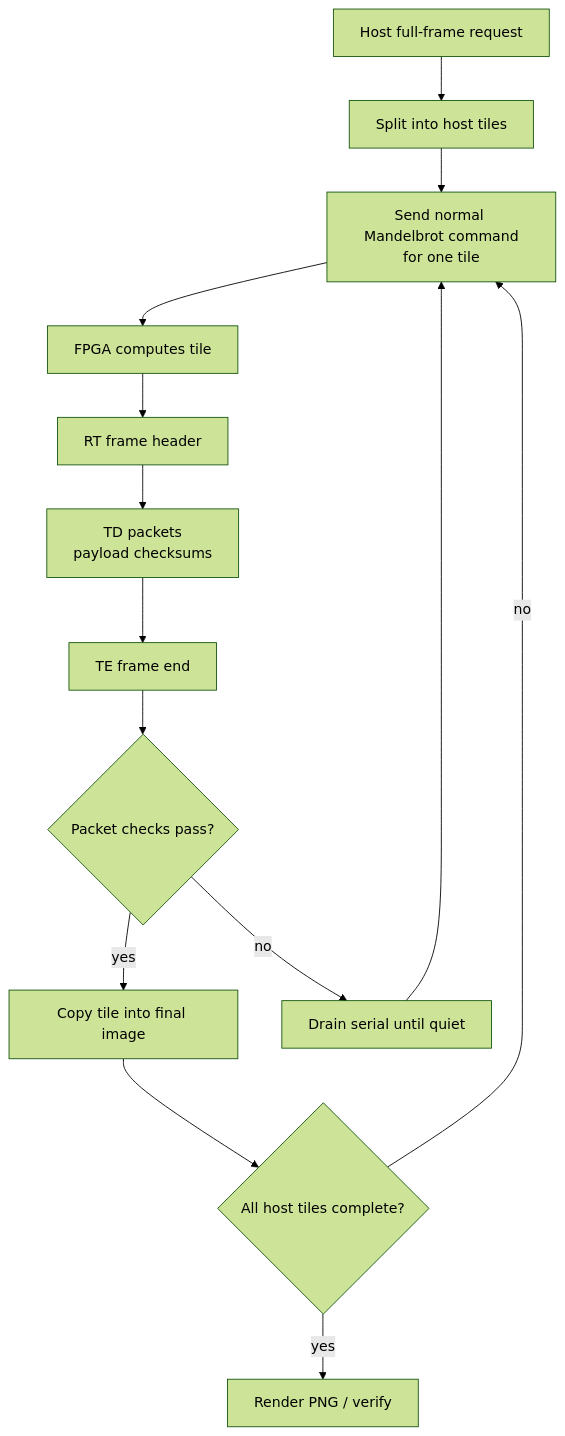
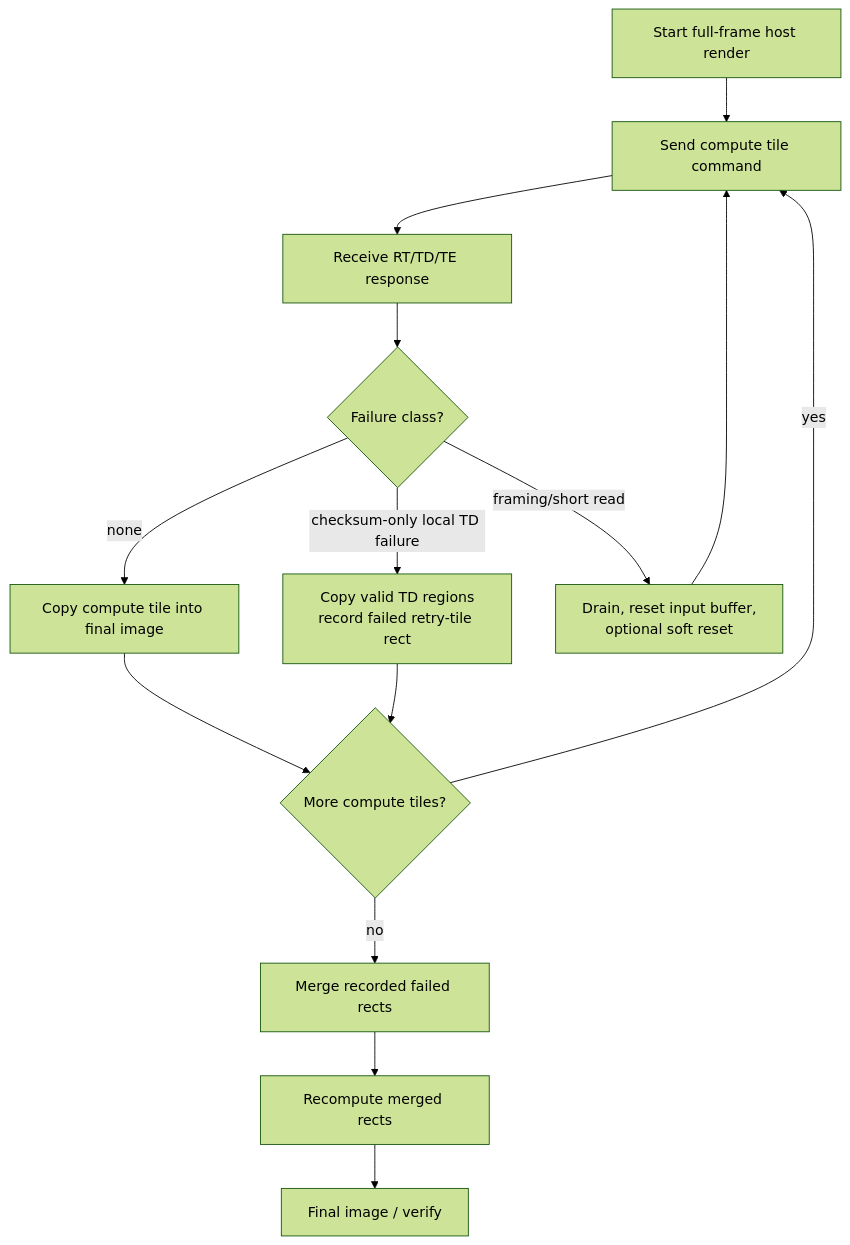
Before and after one commit to RESBI/FPGA-Mandelbrot-Demo: the diagram in doc/TILE_DESIGN.md, drawn with Mermaid (forest theme). The commit also changed other lines of this file and 31 other files, not shown here.

Commit message:
Add row-split deferred retry tiles

````diff
--- a/doc/TILE_DESIGN.md
+++ b/doc/TILE_DESIGN.md
@@ -104,16 +128,16 @@
 ```mermaid
 flowchart TB
-    HOST["Host full-frame request"] --> SPLIT["Split into host tiles"]
-    SPLIT --> CMD["Send normal Mandelbrot command<br/>for one tile"]
-    CMD --> FPGA["FPGA computes tile"]
-    FPGA --> RT["RT frame header"]
-    RT --> TD["TD packets<br/>payload checksums"]
-    TD --> TE["TE frame end"]
-    TE --> CHECK{"Packet checks pass?"}
-    CHECK -->|yes| COPY["Copy tile into final image"]
-    CHECK -->|no| DRAIN["Drain serial until quiet"]
-    DRAIN --> CMD
-    COPY --> DONE{"All host tiles complete?"}
-    DONE -->|no| CMD
-    DONE -->|yes| PNG["Render PNG / verify"]
+    START[Start full-frame host render] --> TILE[Send compute tile command]
+    TILE --> RX[Receive RT/TD/TE response]
+    RX --> CLASS{Failure class?}
+    CLASS -->|none| COPY[Copy compute tile into final image]
+    CLASS -->|checksum-only local TD failure| RECORD[Copy valid TD regions<br/>record failed retry-tile rect]
+    CLASS -->|framing/short read| RESET[Drain, reset input buffer,<br/>optional soft reset]
+    RESET --> TILE
+    COPY --> NEXT{More compute tiles?}
+    RECORD --> NEXT
+    NEXT -->|yes| TILE
+    NEXT -->|no| MERGE[Merge recorded failed rects]
+    MERGE --> RETRY[Recompute merged rects]
+    RETRY --> DONE[Final image / verify]
 ```
````
